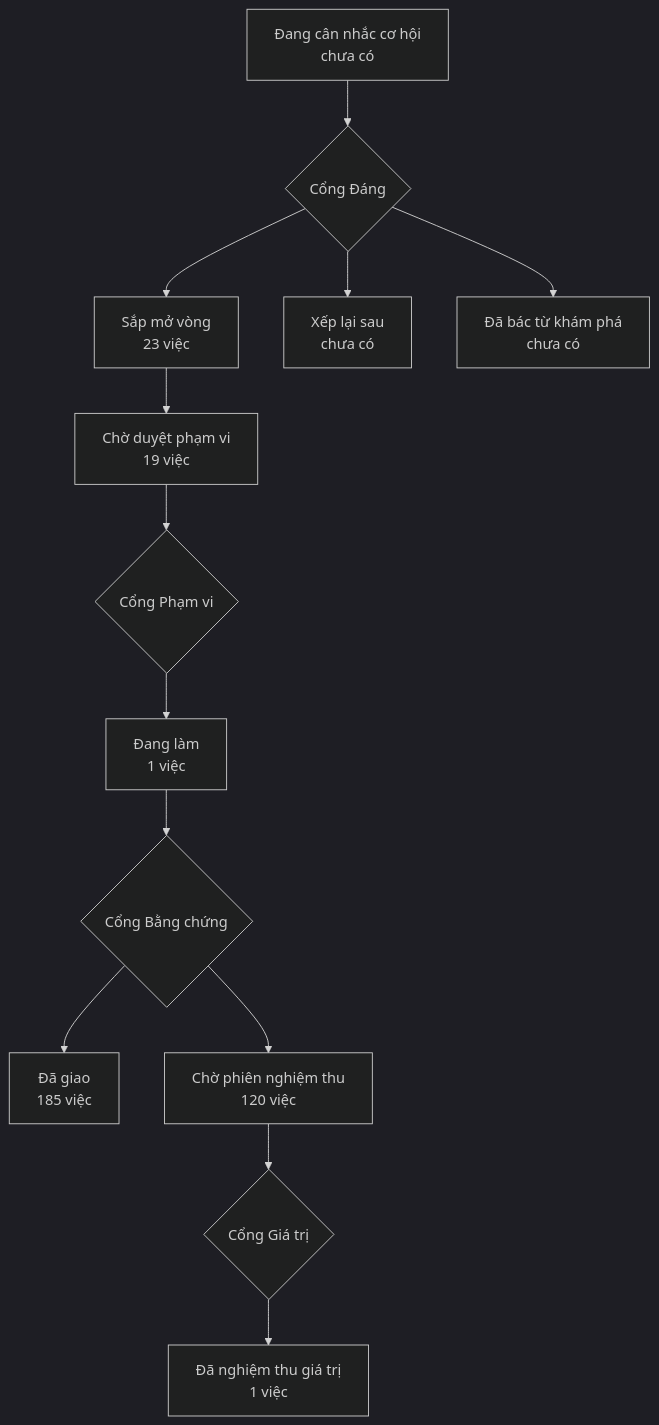
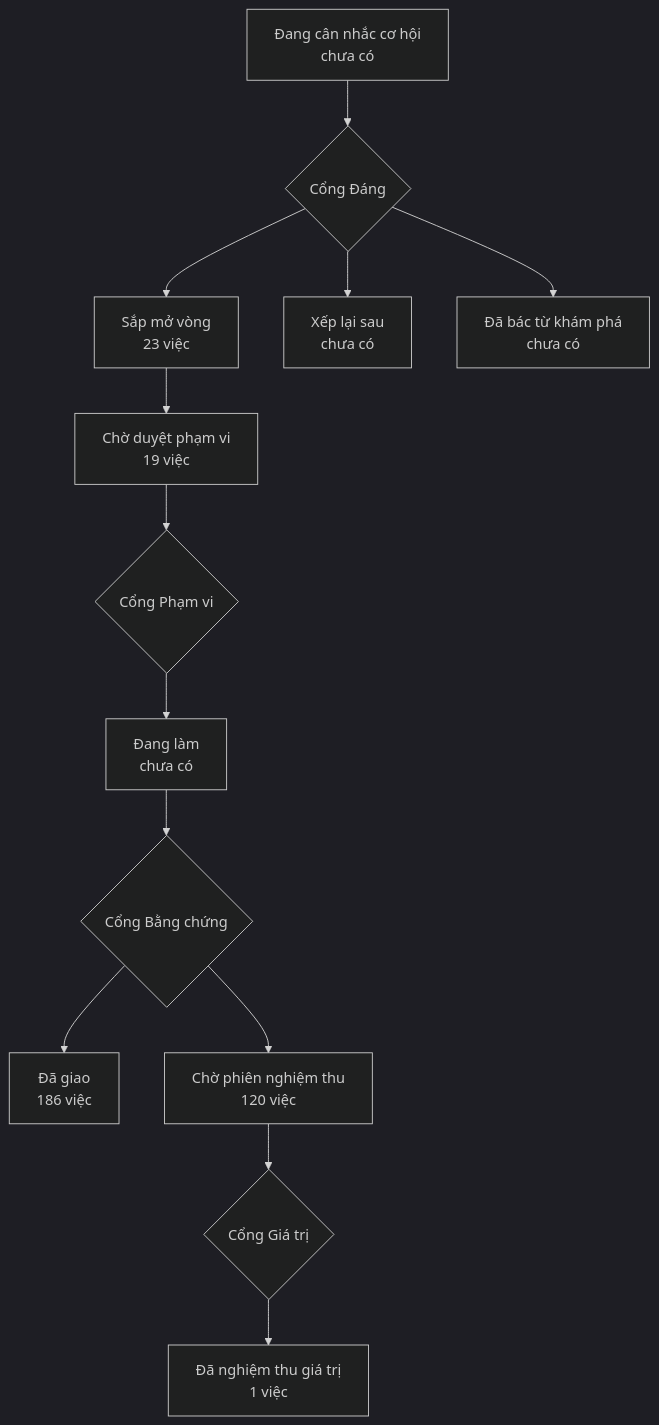
Before and after one commit to phanlemanh/onehub-invest: the diagram in PRODUCT-MAP.md, drawn with Mermaid (dark theme). The commit also changed other lines of this file and 4 other files, not shown here.

````diff
--- a/PRODUCT-MAP.md
+++ b/PRODUCT-MAP.md
@@ -7,12 +7,12 @@
 ```mermaid
 flowchart TD
   A["Đang cân nhắc cơ hội<br/>chưa có"] --> GD{"Cổng Đáng"}
   GD --> B["Sắp mở vòng<br/>23 việc"]
   GD --> XL["Xếp lại sau<br/>chưa có"]
   GD --> DB["Đã bác từ khám phá<br/>chưa có"]
   B --> CD["Chờ duyệt phạm vi<br/>19 việc"] --> GP{"Cổng Phạm vi"}
-  GP --> DL["Đang làm<br/>1 việc"] --> GB{"Cổng Bằng chứng"}
-  GB --> DG["Đã giao<br/>185 việc"]
+  GP --> DL["Đang làm<br/>chưa có"] --> GB{"Cổng Bằng chứng"}
+  GB --> DG["Đã giao<br/>186 việc"]
   GB --> CN["Chờ phiên nghiệm thu<br/>120 việc"] --> GG{"Cổng Giá trị"}
   GG --> NT["Đã nghiệm thu giá trị<br/>1 việc"]
 ```
````
